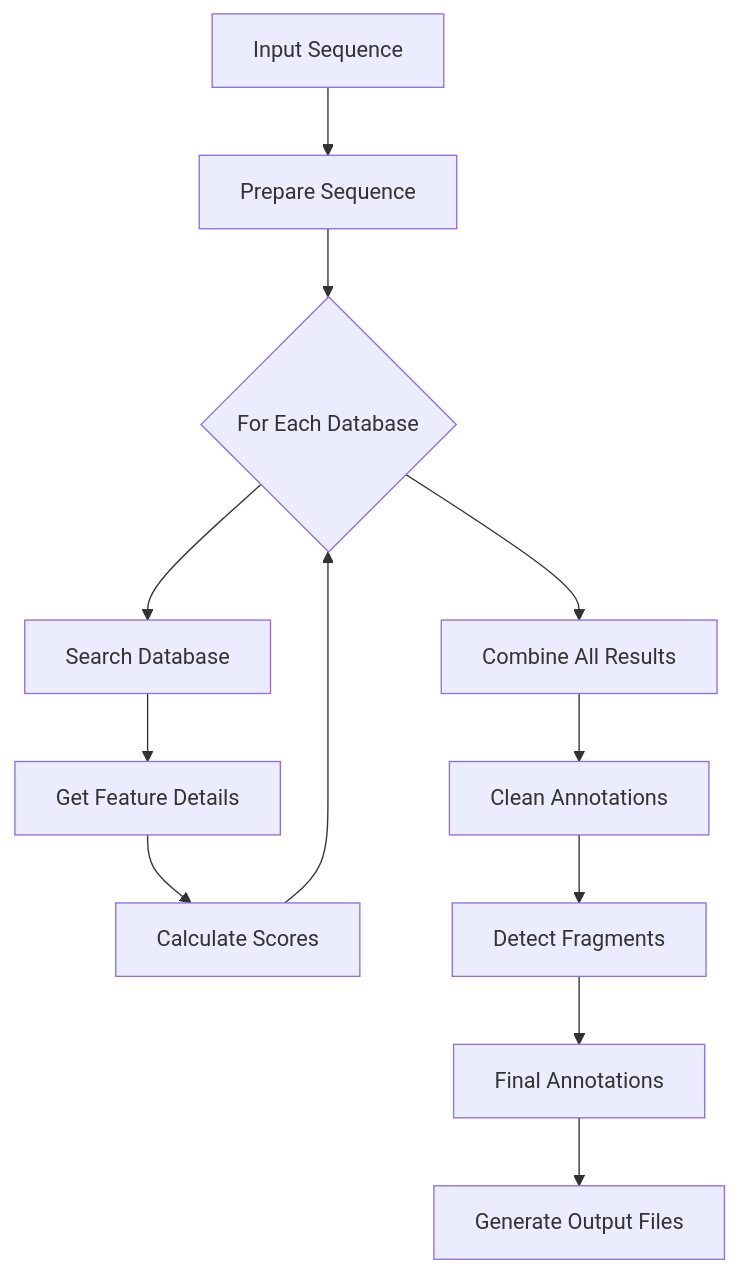
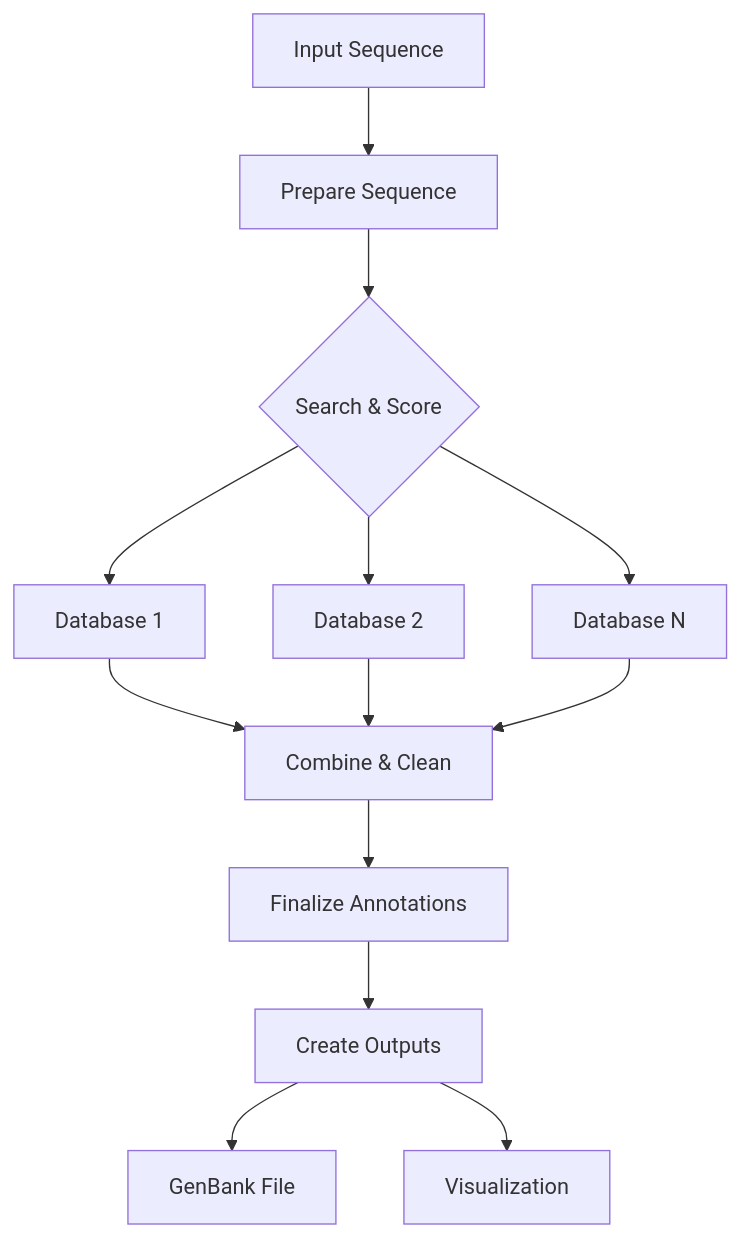
Before and after one commit to mmcguffi/pLannotate: the diagram in plannotate/pipeline/README.md, drawn with Mermaid. The commit also changed other lines of this file and 9 other files, not shown here.

````diff
--- a/plannotate/pipeline/README.md
+++ b/plannotate/pipeline/README.md
@@ -31,14 +31,15 @@
 ```mermaid
 graph TD
     A[Input Sequence] --> B[Prepare Sequence]
-    B --> C{For Each Database}
-    C --> D[Search Database]
-    D --> E[Get Feature Details]
-    E --> F[Calculate Scores]
-    F --> C
-    C --> G[Combine All Results]
-    G --> H[Clean Annotations]
-    H --> I[Detect Fragments]
-    I --> J[Final Annotations]
-    J --> K[Generate Output Files]
+    B --> C{Search & Score}
+    C --> D[Database 1]
+    C --> E[Database 2]
+    C --> F[Database N]
+    D --> G[Combine & Clean]
+    E --> G
+    F --> G
+    G --> H[Finalize Annotations]
+    H --> I[Create Outputs]
+    I --> J[GenBank File]
+    I --> K[Visualization]
 ```
````
